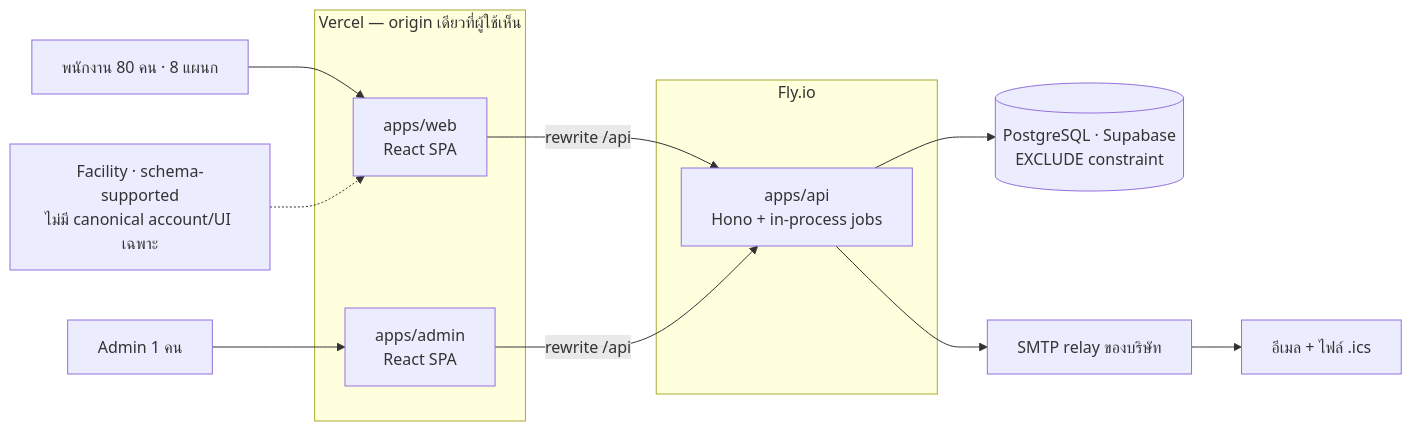
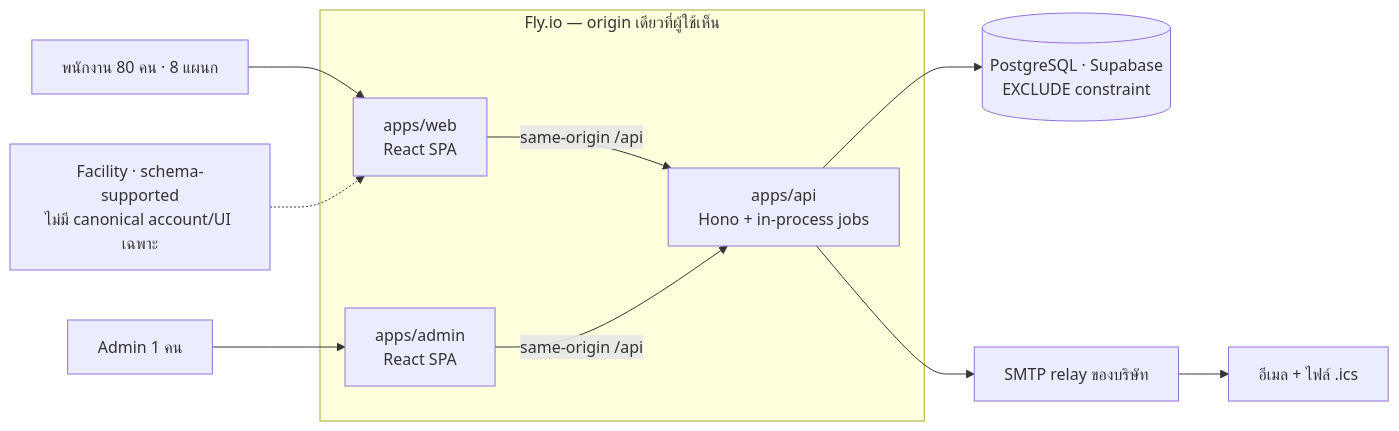
Before and after one commit to greentea01x/reserve-flow: the diagram in docs/spec/sections/00-overview.md, drawn with Mermaid. The commit also changed other lines of this file and 28 other files, not shown here.

````diff
--- a/docs/spec/sections/00-overview.md
+++ b/docs/spec/sections/00-overview.md
@@ -11,26 +11,24 @@
 ```mermaid
 %% title: ภาพรวมระบบและผู้เกี่ยวข้อง (System context)
 %% id: system-context
 flowchart LR
   EMP["พนักงาน 80 คน · 8 แผนก"]
   ADM["Admin 1 คน"]
   FAC["Facility · schema-supported<br/>ไม่มี canonical account/UI เฉพาะ"]
-  subgraph VERCEL["Vercel — origin เดียวที่ผู้ใช้เห็น"]
+  subgraph FLY["Fly.io — origin เดียวที่ผู้ใช้เห็น"]
     WEB["apps/web<br/>React SPA"]
     ADMAPP["apps/admin<br/>React SPA"]
-  end
-  subgraph FLY["Fly.io"]
     API["apps/api<br/>Hono + in-process jobs"]
   end
   DB[("PostgreSQL · Supabase<br/>EXCLUDE constraint")]
   SMTP["SMTP relay ของบริษัท"]
   MAIL["อีเมล + ไฟล์ .ics"]
   EMP --> WEB
   ADM --> ADMAPP
   FAC -.-> WEB
-  WEB -->|"rewrite /api"| API
-  ADMAPP -->|"rewrite /api"| API
+  WEB -->|"same-origin /api"| API
+  ADMAPP -->|"same-origin /api"| API
   API --> DB
   API --> SMTP
   SMTP --> MAIL
 ```
````
